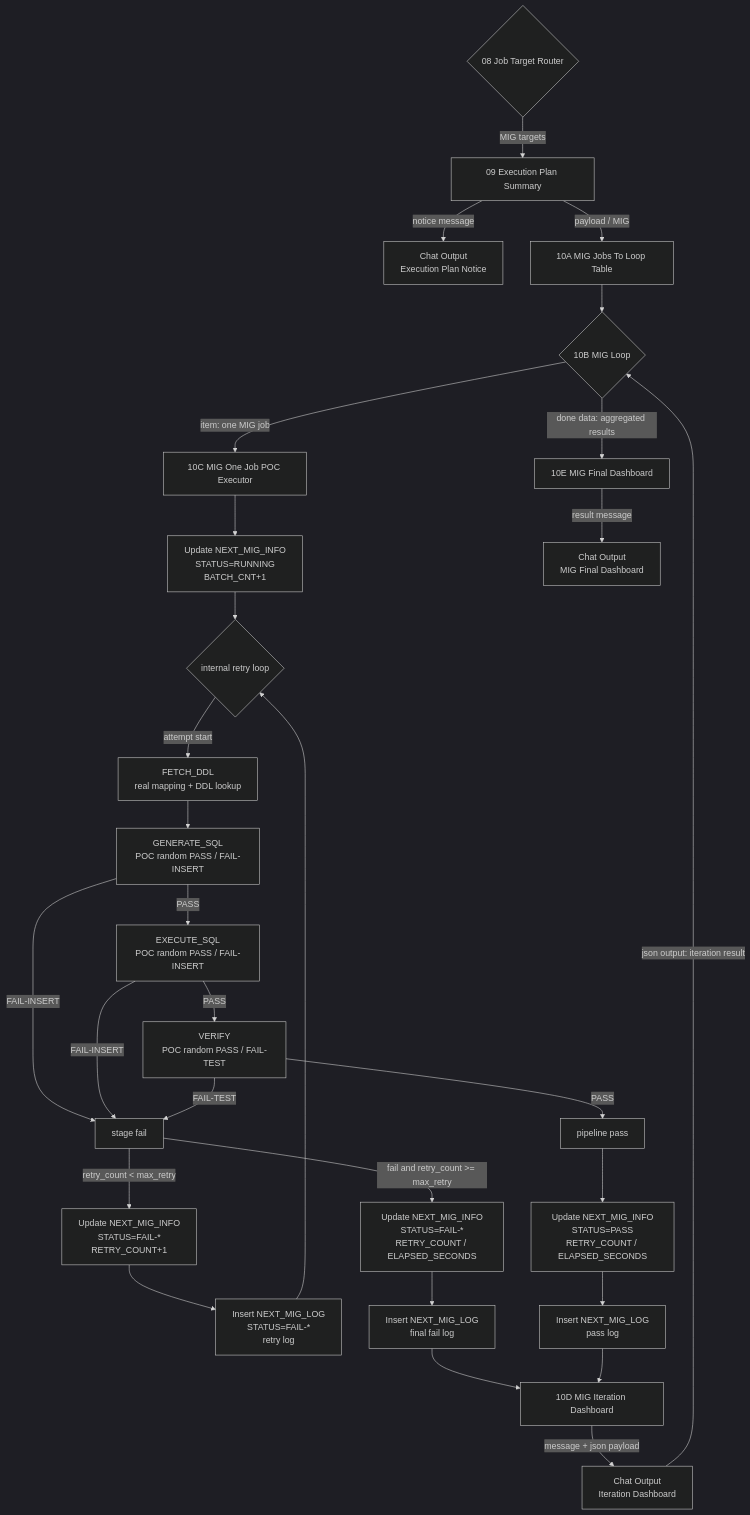
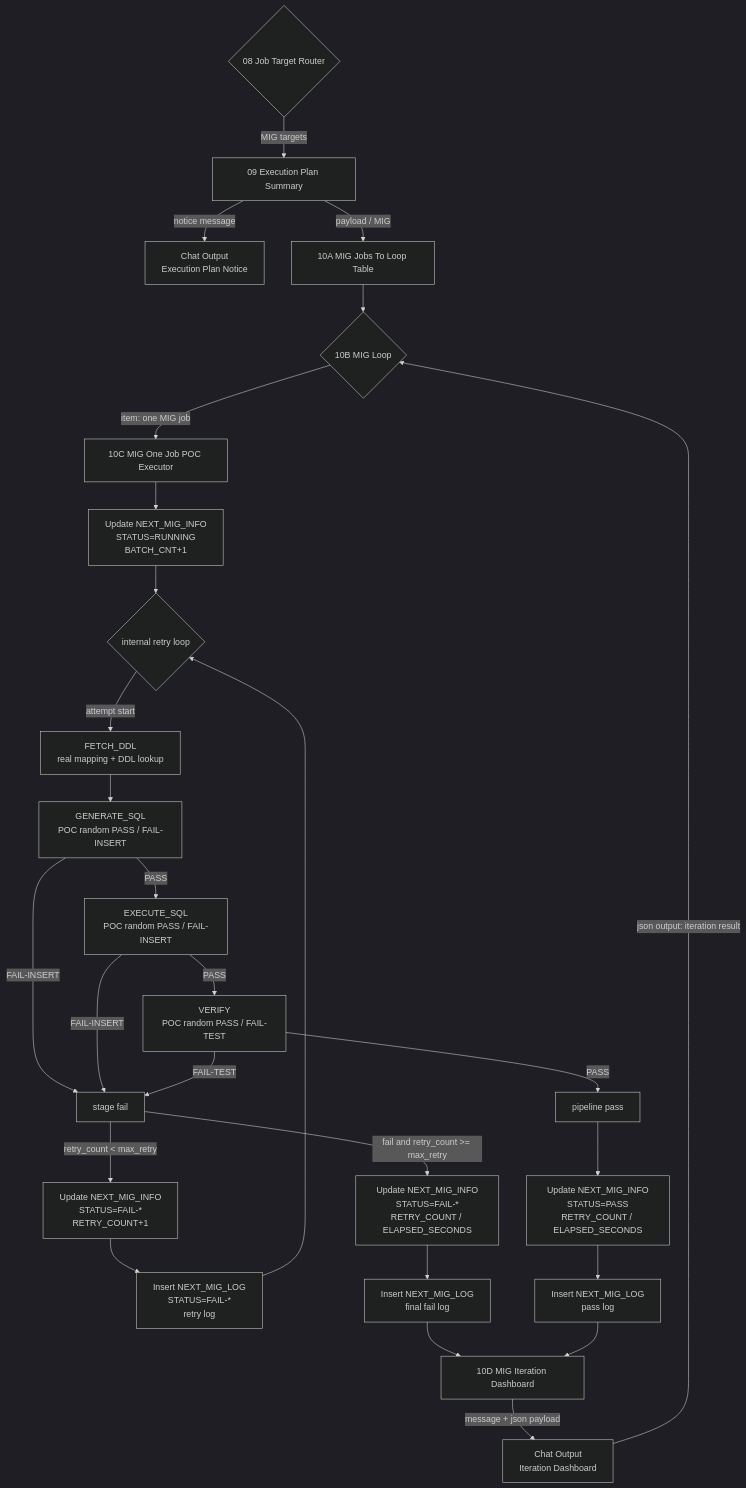
The second of 2 diagrams in langflow_260819_newType/00_architecture.md (seongikjin227-jpg/refactoring_smartMigrate), drawn with Mermaid (dark theme) before and after one commit. The commit also changed other lines of this file and 3 other files, not shown here.

Commit message:
done output 자체를 제거

````diff
--- a/langflow_260819_newType/00_architecture.md
+++ b/langflow_260819_newType/00_architecture.md
@@ -149,40 +145,38 @@
 ```mermaid
 flowchart TD
     H{"08 Job Target Router"} -->|MIG targets| P["09 Execution Plan Summary"]
     P -->|notice message| OUT_NOTICE["Chat Output<br/>Execution Plan Notice"]
     P -->|payload / MIG| MT["10A MIG Jobs To Loop Table"]
 
     MT --> L{"10B MIG Loop"}
 
     L -->|item: one MIG job| W["10C MIG One Job POC Executor"]
     W --> U1["Update NEXT_MIG_INFO<br/>STATUS=RUNNING<br/>BATCH_CNT+1"]
     U1 --> R{"internal retry loop"}
 
     R -->|attempt start| F["FETCH_DDL<br/>real mapping + DDL lookup"]
     F --> G["GENERATE_SQL<br/>POC random PASS / FAIL-INSERT"]
     G -->|PASS| E["EXECUTE_SQL<br/>POC random PASS / FAIL-INSERT"]
     E -->|PASS| V["VERIFY<br/>POC random PASS / FAIL-TEST"]
     G -->|FAIL-INSERT| X["stage fail"]
     E -->|FAIL-INSERT| X
     V -->|FAIL-TEST| X
     V -->|PASS| OK["pipeline pass"]
 
     X -->|retry_count < max_retry| U2["Update NEXT_MIG_INFO<br/>STATUS=FAIL-*<br/>RETRY_COUNT+1"]
     U2 --> LOGR["Insert NEXT_MIG_LOG<br/>STATUS=FAIL-*<br/>retry log"]
     LOGR --> R
 
     X -->|fail and retry_count >= max_retry| U3["Update NEXT_MIG_INFO<br/>STATUS=FAIL-*<br/>RETRY_COUNT / ELAPSED_SECONDS"]
     OK --> U4["Update NEXT_MIG_INFO<br/>STATUS=PASS<br/>RETRY_COUNT / ELAPSED_SECONDS"]
 
     U3 --> LOGF["Insert NEXT_MIG_LOG<br/>final fail log"]
     U4 --> LOGP["Insert NEXT_MIG_LOG<br/>pass log"]
 
     LOGF --> D["10D MIG Iteration Dashboard"]
     LOGP --> D
 
     D -->|message + json payload| OUT_ITER["Chat Output<br/>Iteration Dashboard"]
     OUT_ITER -->|json output: iteration result| L
 
-    L -->|done data: aggregated results| S["10E MIG Final Dashboard"]
-    S -->|result message| OUT_FINAL["Chat Output<br/>MIG Final Dashboard"]
 ```
````
